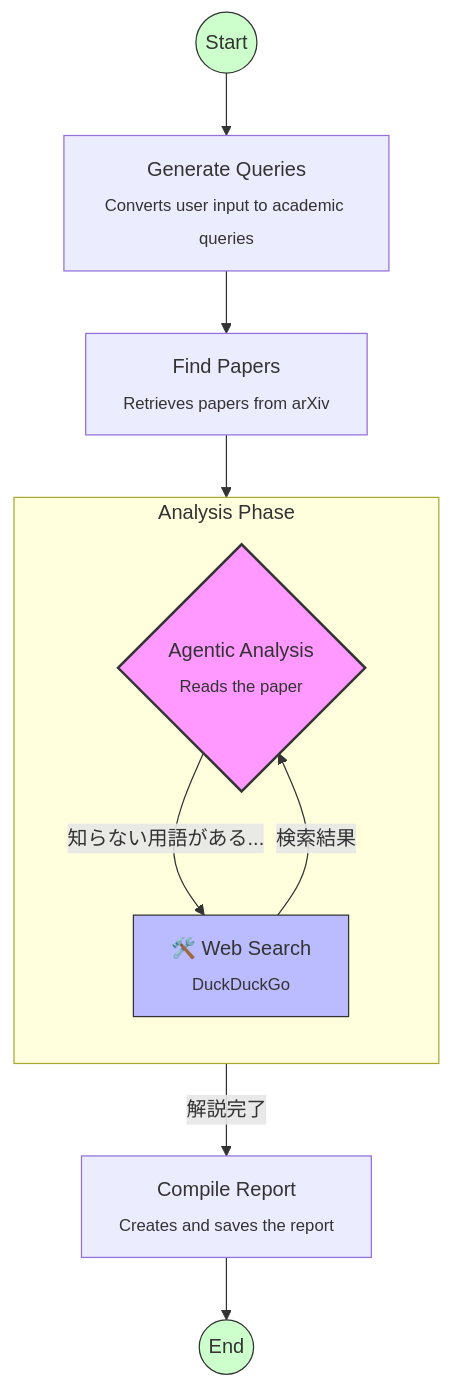
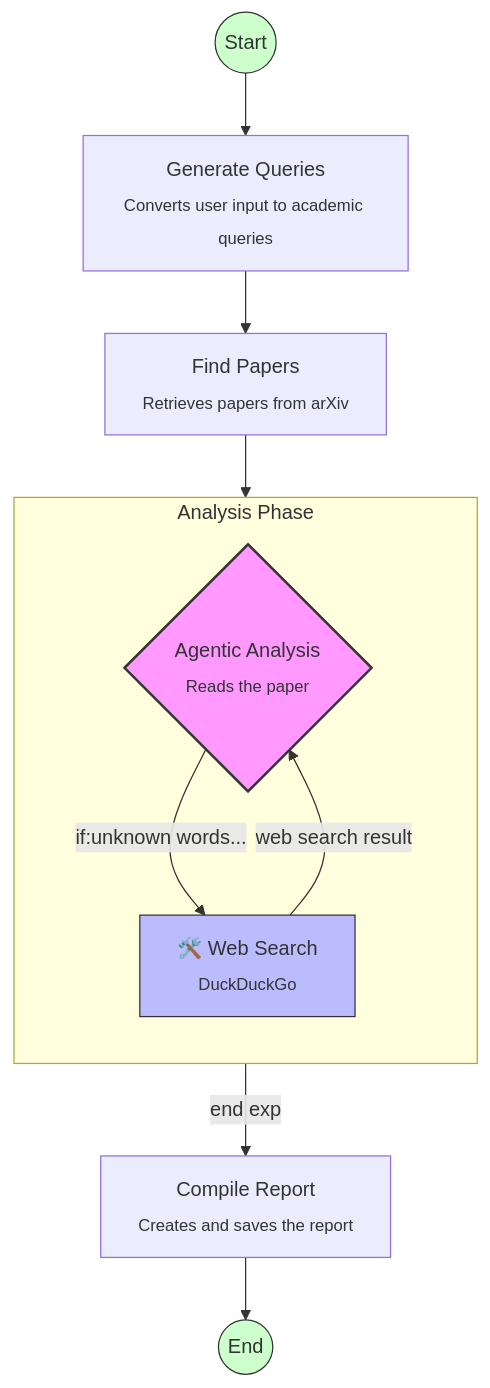
One commit to monchy1017/minimal-agent changed the diagram in README.md. Above: the diagram before and after it, drawn with Mermaid.

Commit message:
修正2

````diff
--- a/README.md
+++ b/README.md
@@ -12,34 +12,34 @@
 ```mermaid
 graph TD
     %% ノードの定義
     Start((Start))
     GenQuery[Generate Queries<br><sub>Converts user input to academic queries</sub>]
     FindPapers[Find Papers<br><sub>Retrieves papers from arXiv</sub>]
     
     subgraph Analysis_Phase [Analysis Phase]
         direction TB
         Agent{Agentic Analysis<br><sub>Reads the paper</sub>}
         Tool[🛠️ Web Search<br><sub>DuckDuckGo</sub>]
     end
     
     Compile[Compile Report<br><sub>Creates and saves the report</sub>]
     End((End))
 
     %% フローの定義
     Start --> GenQuery
     GenQuery --> FindPapers
     FindPapers --> Agent
     
     %% ReActループの表現
-    Agent -- "知らない用語がある..." --> Tool
-    Tool -- "検索結果" --> Agent
+    Agent -- "if:unknown words..." --> Tool
+    Tool -- "web search result" --> Agent
     
-    Agent -- "解説完了" --> Compile
+    Agent -- "end exp" --> Compile
     Compile --> End
 
     %% スタイル
     style Agent fill:#f9f,stroke:#333,stroke-width:2px
     style Tool fill:#bbf,stroke:#333,stroke-width:1px
     style Start fill:#cfc,stroke:#333
     style End fill:#cfc,stroke:#333
 ```
````
